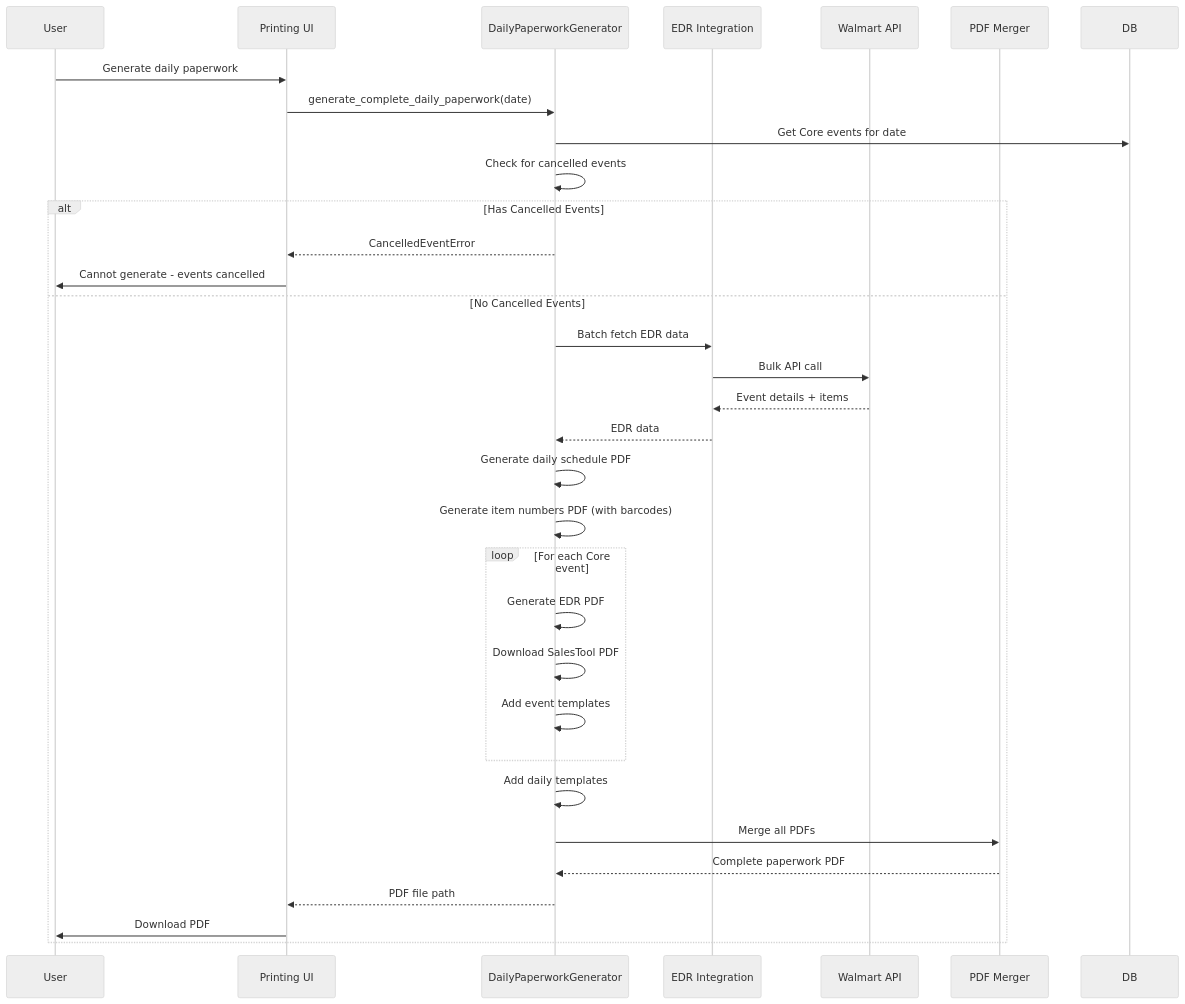
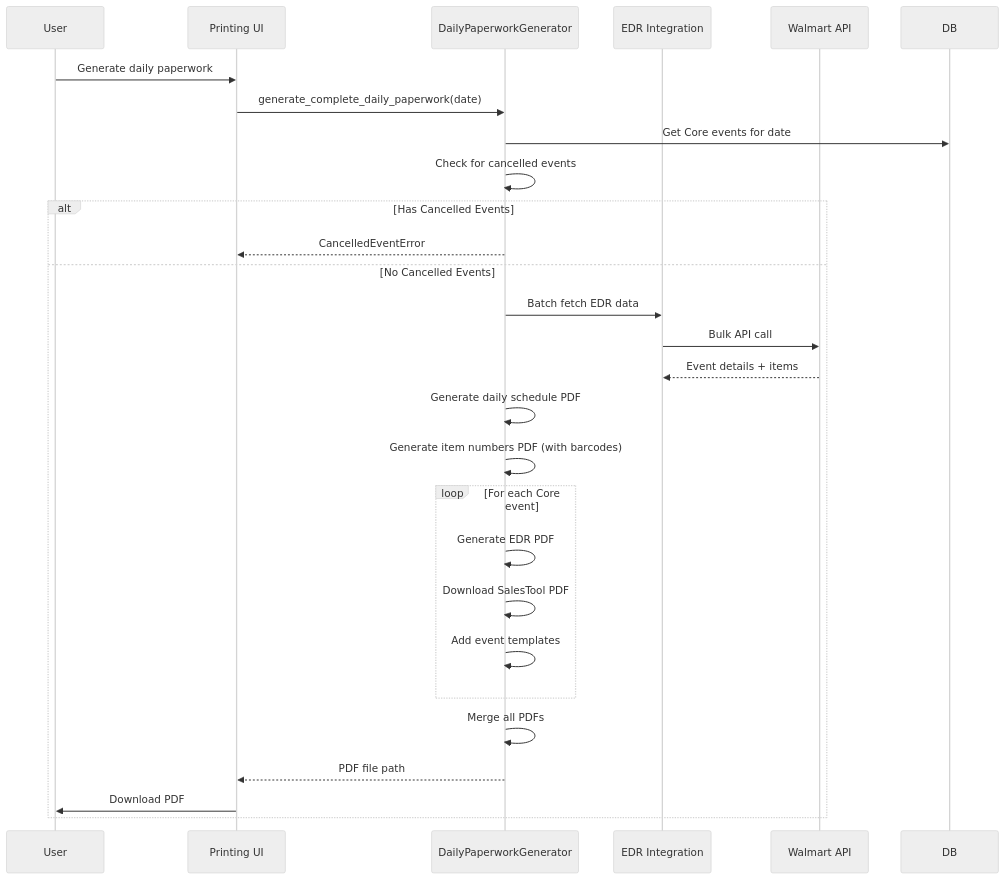
Before and after one commit to cyberiseeyou/pceventmanager: the sixth of 6 diagrams in docs/CODEBASE_MAP.md, drawn with Mermaid (neutral theme). The commit also changed other lines of this file and 13 other files, not shown here.

````diff
--- a/docs/CODEBASE_MAP.md
+++ b/docs/CODEBASE_MAP.md
@@ -606,39 +861,34 @@
 ```mermaid
 sequenceDiagram
     participant User
     participant UI as Printing UI
     participant Generator as DailyPaperworkGenerator
     participant EDR as EDR Integration
     participant Walmart as Walmart API
-    participant Merger as PDF Merger
 
     User->>UI: Generate daily paperwork
     UI->>Generator: generate_complete_daily_paperwork(date)
     Generator->>DB: Get Core events for date
     Generator->>Generator: Check for cancelled events
 
     alt Has Cancelled Events
         Generator-->>UI: CancelledEventError
-        UI->>User: Cannot generate - events cancelled
     else No Cancelled Events
         Generator->>EDR: Batch fetch EDR data
         EDR->>Walmart: Bulk API call
         Walmart-->>EDR: Event details + items
-        EDR-->>Generator: EDR data
 
         Generator->>Generator: Generate daily schedule PDF
         Generator->>Generator: Generate item numbers PDF (with barcodes)
 
         loop For each Core event
             Generator->>Generator: Generate EDR PDF
             Generator->>Generator: Download SalesTool PDF
             Generator->>Generator: Add event templates
         end
 
-        Generator->>Generator: Add daily templates
-        Generator->>Merger: Merge all PDFs
-        Merger-->>Generator: Complete paperwork PDF
+        Generator->>Generator: Merge all PDFs
         Generator-->>UI: PDF file path
         UI->>User: Download PDF
     end
 ```
````
